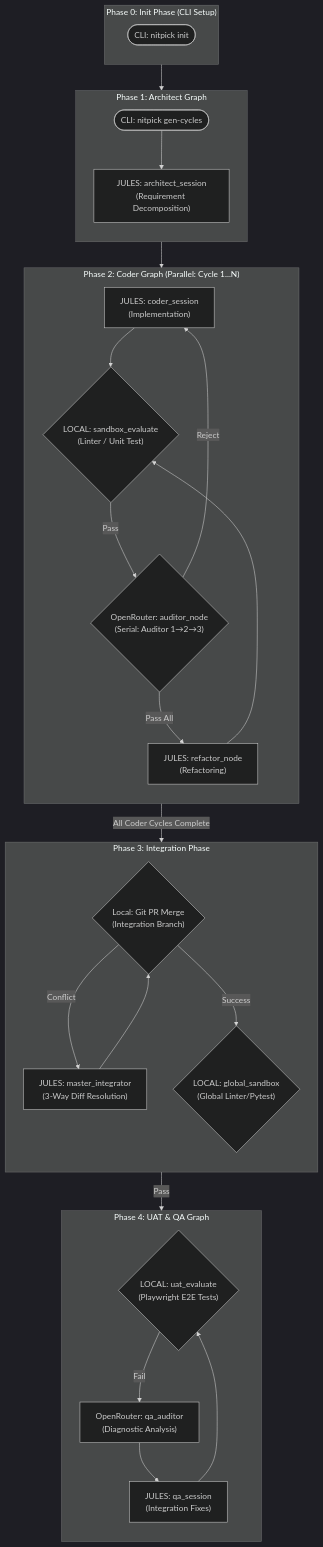
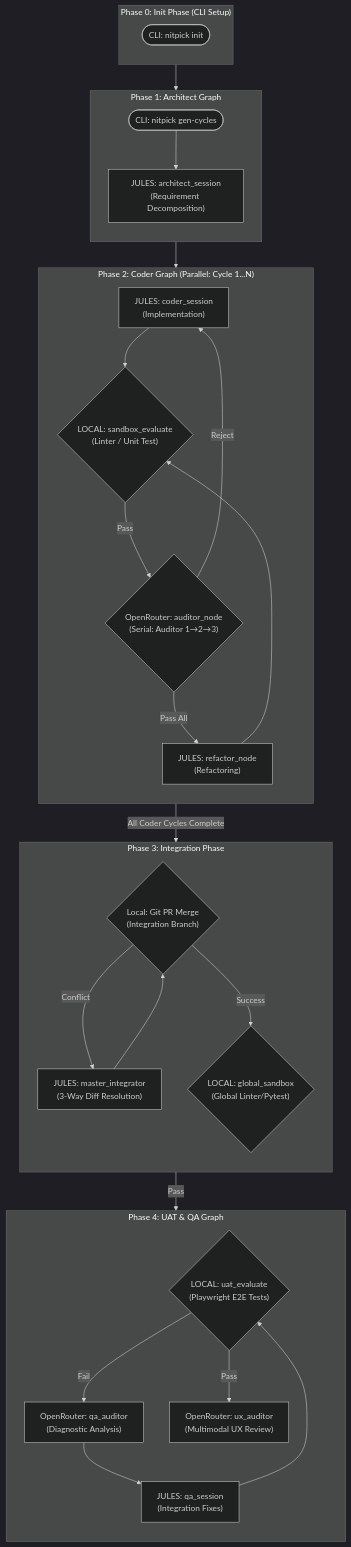
Before and after one commit to tsuyama1990/nitpickers: the diagram in README.md, drawn with Mermaid (dark theme). The commit also changed 6 other files, not shown here.

````diff
--- a/README.md
+++ b/README.md
@@ -21,62 +21,64 @@
 ```mermaid
 flowchart TD
     %% Phase0: Init Phase (CLI Setup)
     subgraph Phase0 ["Phase 0: Init Phase (CLI Setup)"]
         direction TB
         InitCmd([CLI: nitpick init])
     end
 
     %% Phase1: Architect Graph
     subgraph Phase1 ["Phase 1: Architect Graph"]
         direction TB
         InitCmd2([CLI: nitpick gen-cycles])
         ArchSession["JULES: architect_session\n(Requirement Decomposition)"]
         InitCmd2 --> ArchSession
     end
 
     %% Phase2: Coder Graph
     subgraph Phase2 ["Phase 2: Coder Graph (Parallel: Cycle 1...N)"]
         direction TB
         CoderSession["JULES: coder_session\n(Implementation)"]
         SandboxEval{"LOCAL: sandbox_evaluate\n(Linter / Unit Test)"}
         AuditorNode{"OpenRouter: auditor_node\n(Serial: Auditor 1→2→3)"}
         RefactorNode["JULES: refactor_node\n(Refactoring)"]
 
         CoderSession --> SandboxEval
         SandboxEval -- "Pass" --> AuditorNode
         AuditorNode -- "Reject" --> CoderSession
         AuditorNode -- "Pass All" --> RefactorNode
         RefactorNode --> SandboxEval
     end
 
     %% Phase3: Integration Phase
     subgraph Phase3 ["Phase 3: Integration Phase"]
         direction TB
         MergeTry{"Local: Git PR Merge\n(Integration Branch)"}
         MasterIntegrator["JULES: master_integrator\n(3-Way Diff Resolution)"]
         GlobalSandbox{"LOCAL: global_sandbox\n(Global Linter/Pytest)"}
     end
 
     %% Phase4: UAT & QA Graph
     subgraph Phase4 ["Phase 4: UAT & QA Graph"]
         direction TB
         UatEval{"LOCAL: uat_evaluate\n(Playwright E2E Tests)"}
+        UxAuditor["OpenRouter: ux_auditor\n(Multimodal UX Review)"]
         QaAuditor["OpenRouter: qa_auditor\n(Diagnostic Analysis)"]
         QaSession["JULES: qa_session\n(Integration Fixes)"]
     end
 
     %% Inter-Phase Connections
     Phase0 --> Phase1
     Phase1 --> Phase2
     Phase2 -- "All Coder Cycles Complete" --> MergeTry
 
     MergeTry -- "Conflict" --> MasterIntegrator
     MasterIntegrator --> MergeTry
     MergeTry -- "Success" --> GlobalSandbox
 
     GlobalSandbox -- "Pass" --> UatEval
 
     UatEval -- "Fail" --> QaAuditor
+    UatEval -- "Pass" --> UxAuditor
     QaAuditor --> QaSession
     QaSession --> UatEval
 ```
````
